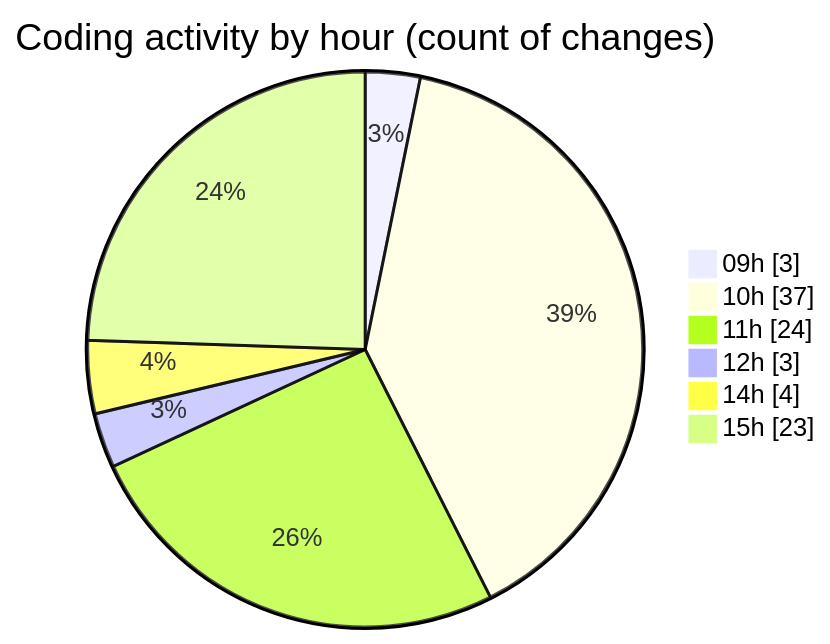
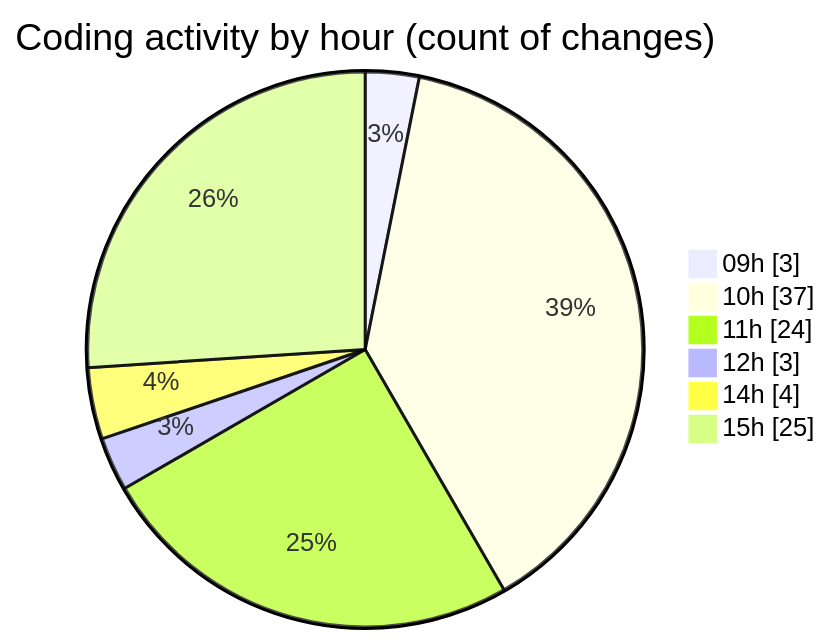
The second of 2 diagrams in 2025-05-02/ecodeli/README.md (CELIANVF/code-tracking), drawn with Mermaid before and after one commit. The commit also changed other lines of this file and 1 other file, not shown here.

````diff
--- a/2025-05-02/ecodeli/README.md
+++ b/2025-05-02/ecodeli/README.md
@@ -73,10 +74,10 @@
 ```mermaid
 pie showData
 title Coding activity by hour (count of changes)
 "09h" : 3
 "10h" : 37
 "11h" : 24
 "12h" : 3
 "14h" : 4
-"15h" : 23
+"15h" : 25
 ```
````
